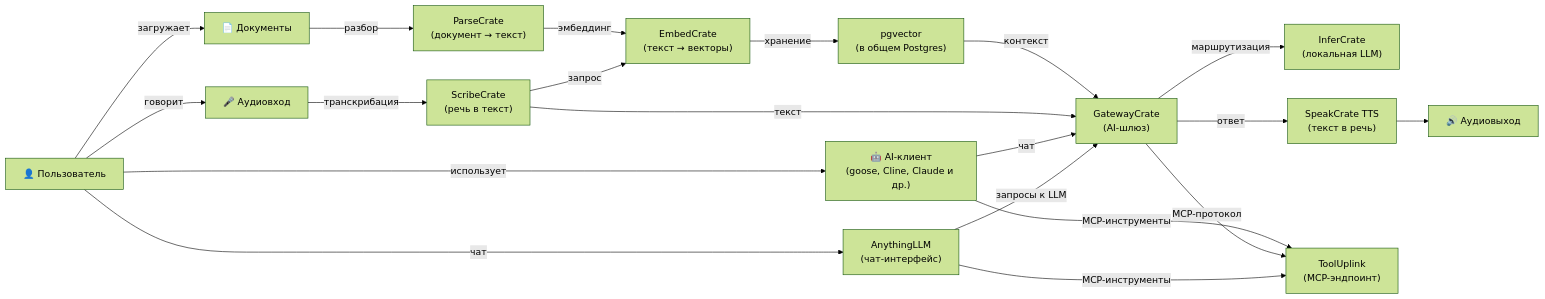
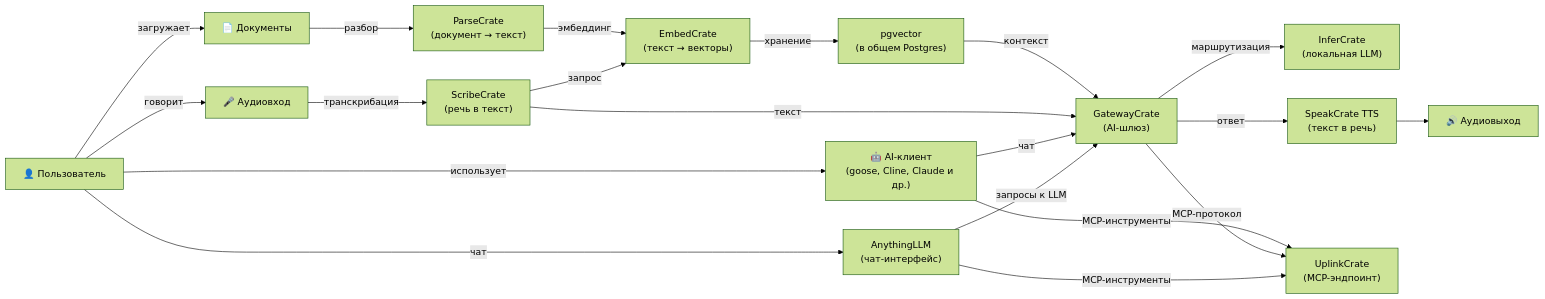
One commit to hwdsl2/self-hosted-ai-stack changed the diagram in README-ru.md. Above: the diagram before and after it, drawn with Mermaid (forest theme). The commit also changed other lines of this file and 22 other files, not shown here.

````diff
--- a/README-ru.md
+++ b/README-ru.md
@@ -188,22 +188,22 @@
 ```mermaid
 graph LR
     A["🎤 Аудиовход"] -->|транскрибация| W["ScribeCrate<br/>(речь в текст)"]
     D["📄 Документы"] -->|разбор| DC["ParseCrate<br/>(документ → текст)"]
     DC -->|эмбеддинг| E["EmbedCrate<br/>(текст → векторы)"]
     E -->|хранение| VDB["pgvector<br/>(в общем Postgres)"]
     W -->|запрос| E
     VDB -->|контекст| L["GatewayCrate<br/>(AI-шлюз)"]
     W -->|текст| L
     L -->|маршрутизация| O["InferCrate<br/>(локальная LLM)"]
     L -->|ответ| T["SpeakCrate TTS<br/>(текст в речь)"]
     T --> B["🔊 Аудиовыход"]
-    C["🤖 AI-клиент<br/>(goose, Cline, Claude и др.)"] -->|MCP-инструменты| M["ToolUplink<br/>(MCP-эндпоинт)"]
+    C["🤖 AI-клиент<br/>(goose, Cline, Claude и др.)"] -->|MCP-инструменты| M["UplinkCrate<br/>(MCP-эндпоинт)"]
     C -->|чат| L
     L -->|MCP-протокол| M
     U["👤 Пользователь"] -->|чат| AN["AnythingLLM<br/>(чат-интерфейс)"]
     AN -->|запросы к LLM| L
     AN -->|MCP-инструменты| M
     U -->|использует| C
     U -->|говорит| A
     U -->|загружает| D
 ```
````
